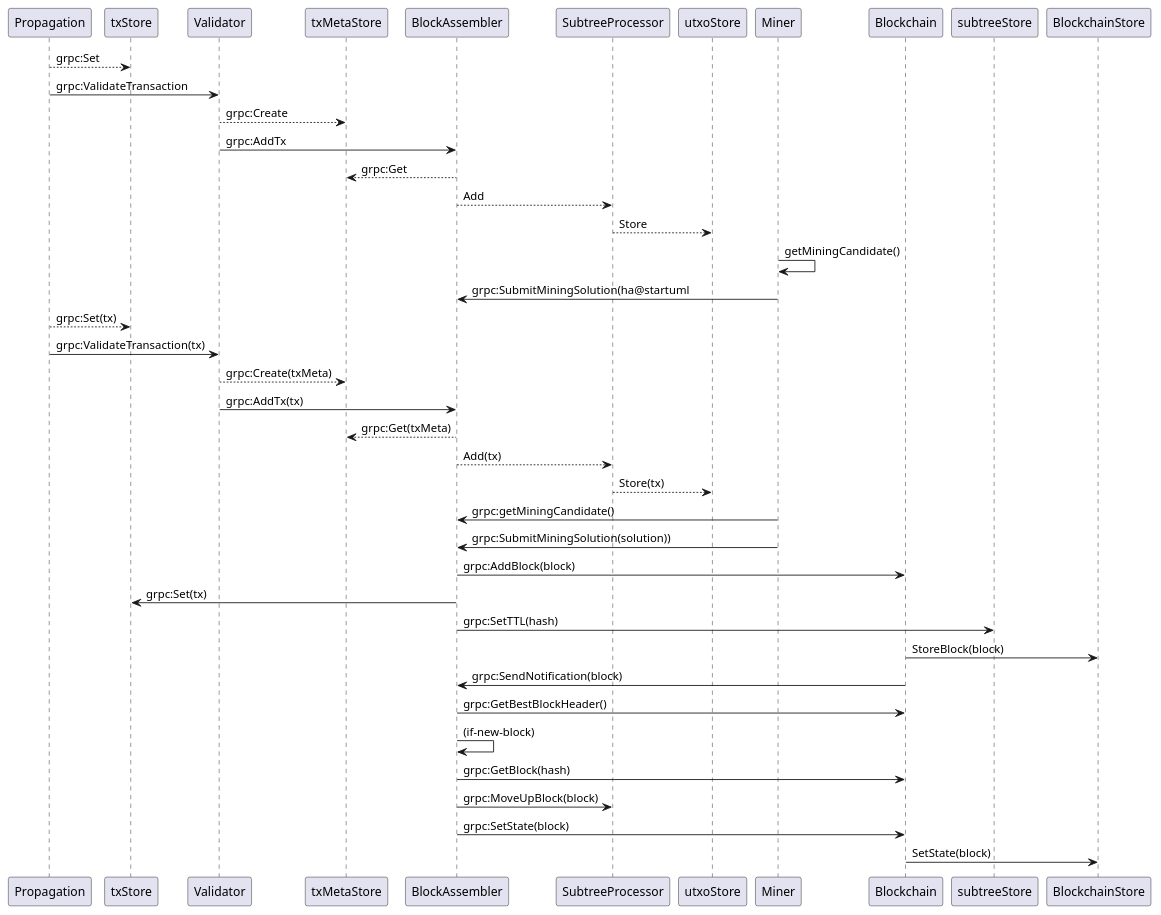
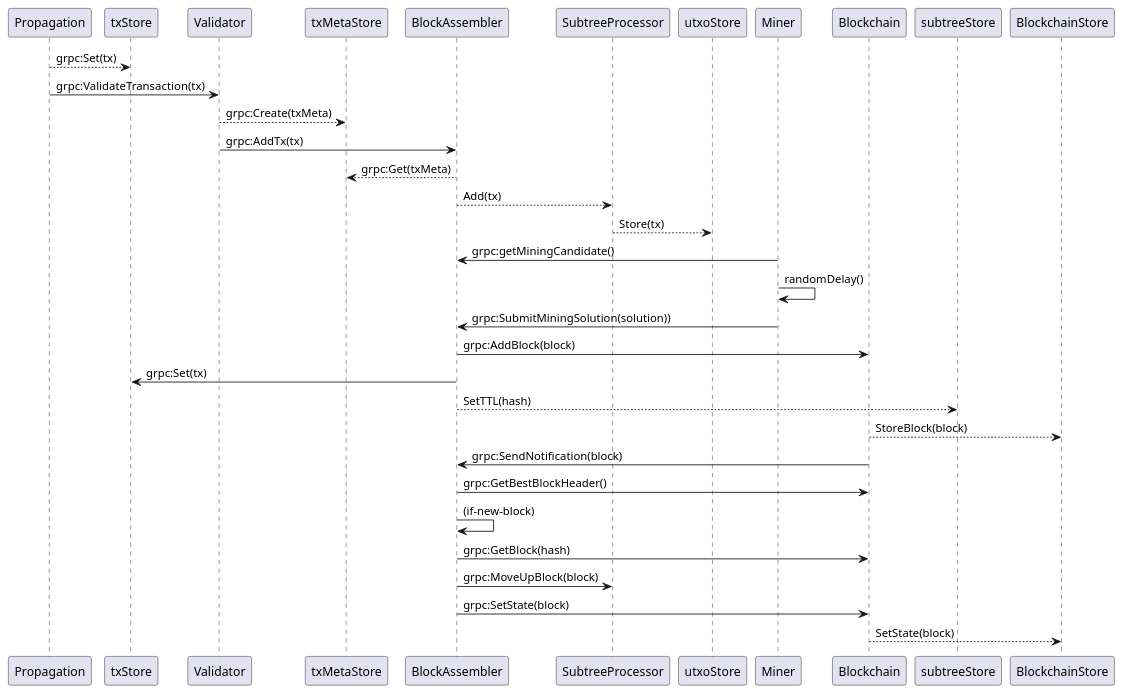
Before and after one commit to freemans13/teranode: the diagram in docs/overview.puml, drawn with PlantUML. The commit also changed other lines of this file, not shown here.

```diff
--- a/docs/overview.puml
+++ b/docs/overview.puml
@@ -1,41 +1,28 @@
-@startuml
-Propagation --> txStore: grpc:Set
-Propagation -> Validator: grpc:ValidateTransaction
-
-Validator --> txMetaStore: grpc:Create
-Validator -> BlockAssembler: grpc:AddTx
-
-BlockAssembler --> txMetaStore: grpc:Get
-BlockAssembler --> SubtreeProcessor: Add
-SubtreeProcessor --> utxoStore: Store
-
-
-Miner -> Miner : getMiningCandidate()
-Miner -> BlockAssembler: grpc:SubmitMiningSolution(ha@startuml
+@startuml overview
 Propagation --> txStore: grpc:Set(tx)
 Propagation -> Validator: grpc:ValidateTransaction(tx)
 
 Validator --> txMetaStore: grpc:Create(txMeta)
 Validator -> BlockAssembler: grpc:AddTx(tx)
 
 BlockAssembler --> txMetaStore: grpc:Get(txMeta)
 BlockAssembler --> SubtreeProcessor: Add(tx)
 SubtreeProcessor --> utxoStore: Store(tx)
 
 Miner -> BlockAssembler : grpc:getMiningCandidate()
+Miner -> Miner : randomDelay()
 Miner -> BlockAssembler : grpc:SubmitMiningSolution(solution))
+
 BlockAssembler -> Blockchain : grpc:AddBlock(block)
 BlockAssembler -> txStore : grpc:Set(tx)
-BlockAssembler -> subtreeStore : grpc:SetTTL(hash)
-Blockchain -> BlockchainStore : StoreBlock(block)
+BlockAssembler --> subtreeStore : SetTTL(hash)
+Blockchain --> BlockchainStore : StoreBlock(block)
 Blockchain -> BlockAssembler : grpc:SendNotification(block)
 BlockAssembler -> Blockchain : grpc:GetBestBlockHeader()
 BlockAssembler -> BlockAssembler : (if-new-block)
 BlockAssembler -> Blockchain : grpc:GetBlock(hash)
 BlockAssembler -> SubtreeProcessor : grpc:MoveUpBlock(block)
 BlockAssembler -> Blockchain : grpc:SetState(block)
-Blockchain -> BlockchainStore : SetState(block)
+Blockchain --> BlockchainStore : SetState(block)
 
-
-
-@enduml@startuml
+@enduml
```
